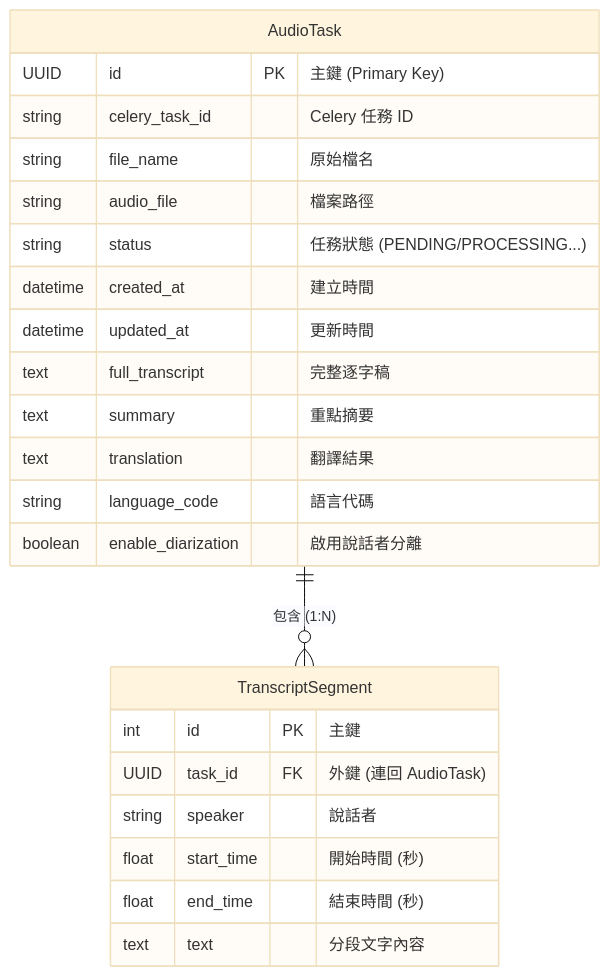
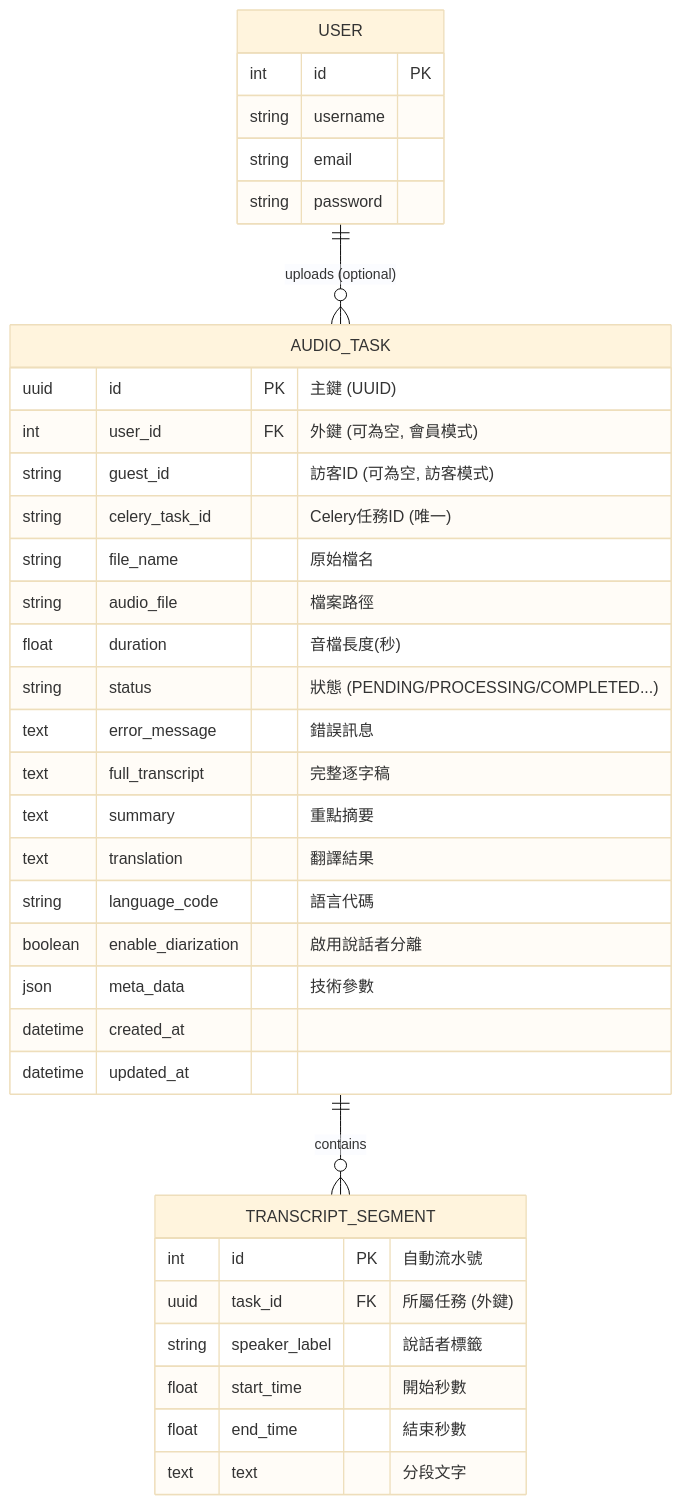
The second of 2 diagrams in 流程圖.md (vulcan1202/114-1a), drawn with Mermaid (base theme) before and after one commit.

````diff
--- a/流程圖.md
+++ b/流程圖.md
@@ -68,32 +68,48 @@
 ```mermaid
 erDiagram
-    %% 定義主表 AudioTask
-    AudioTask {
-        UUID id PK "主鍵 (Primary Key)"
-        string celery_task_id "Celery 任務 ID"
+    %% Django 內建 User 模型 (簡化表示)
+    USER {
+        int id PK
+        string username
+        string email
+        string password
+    }
+
+    %% 主任務表 (AudioTask)
+    AUDIO_TASK {
+        uuid id PK "主鍵 (UUID)"
+        int user_id FK "外鍵 (可為空, 會員模式)"
+        string guest_id "訪客ID (可為空, 訪客模式)"
+        string celery_task_id "Celery任務ID (唯一)"
         string file_name "原始檔名"
         string audio_file "檔案路徑"
-        string status "任務狀態 (PENDING/PROCESSING...)"
-        datetime created_at "建立時間"
-        datetime updated_at "更新時間"
+        float duration "音檔長度(秒)"
+        string status "狀態 (PENDING/PROCESSING/COMPLETED...)"
+        text error_message "錯誤訊息"
         text full_transcript "完整逐字稿"
         text summary "重點摘要"
         text translation "翻譯結果"
         string language_code "語言代碼"
         boolean enable_diarization "啟用說話者分離"
+        json meta_data "技術參數"
+        datetime created_at
+        datetime updated_at
     }
 
-    %% 定義關聯表 TranscriptSegment
-    TranscriptSegment {
-        int id PK "主鍵"
-        UUID task_id FK "外鍵 (連回 AudioTask)"
-        string speaker "說話者"
-        float start_time "開始時間 (秒)"
-        float end_time "結束時間 (秒)"
-        text text "分段文字內容"
+    %% 逐字稿細項表 (TranscriptSegment)
+    TRANSCRIPT_SEGMENT {
+        int id PK "自動流水號"
+        uuid task_id FK "所屬任務 (外鍵)"
+        string speaker_label "說話者標籤"
+        float start_time "開始秒數"
+        float end_time "結束秒數"
+        text text "分段文字"
     }
 
-    %% 定義關係：一對多 (One-to-Many)
-    %% 一個 AudioTask 包含多個 TranscriptSegment
-    AudioTask ||--o{ TranscriptSegment : "包含 (1:N)"
+    %% 關聯定義
+    %% 一個 User 可以有多個 AudioTask，但 AudioTask 的 User 可以是 Null (0 or more)
+    USER ||--o{ AUDIO_TASK : "uploads (optional)"
+    
+    %% 一個 AudioTask 可以包含多個 TranscriptSegment (0 or more)
+    AUDIO_TASK ||--o{ TRANSCRIPT_SEGMENT : "contains"
 ```
````
